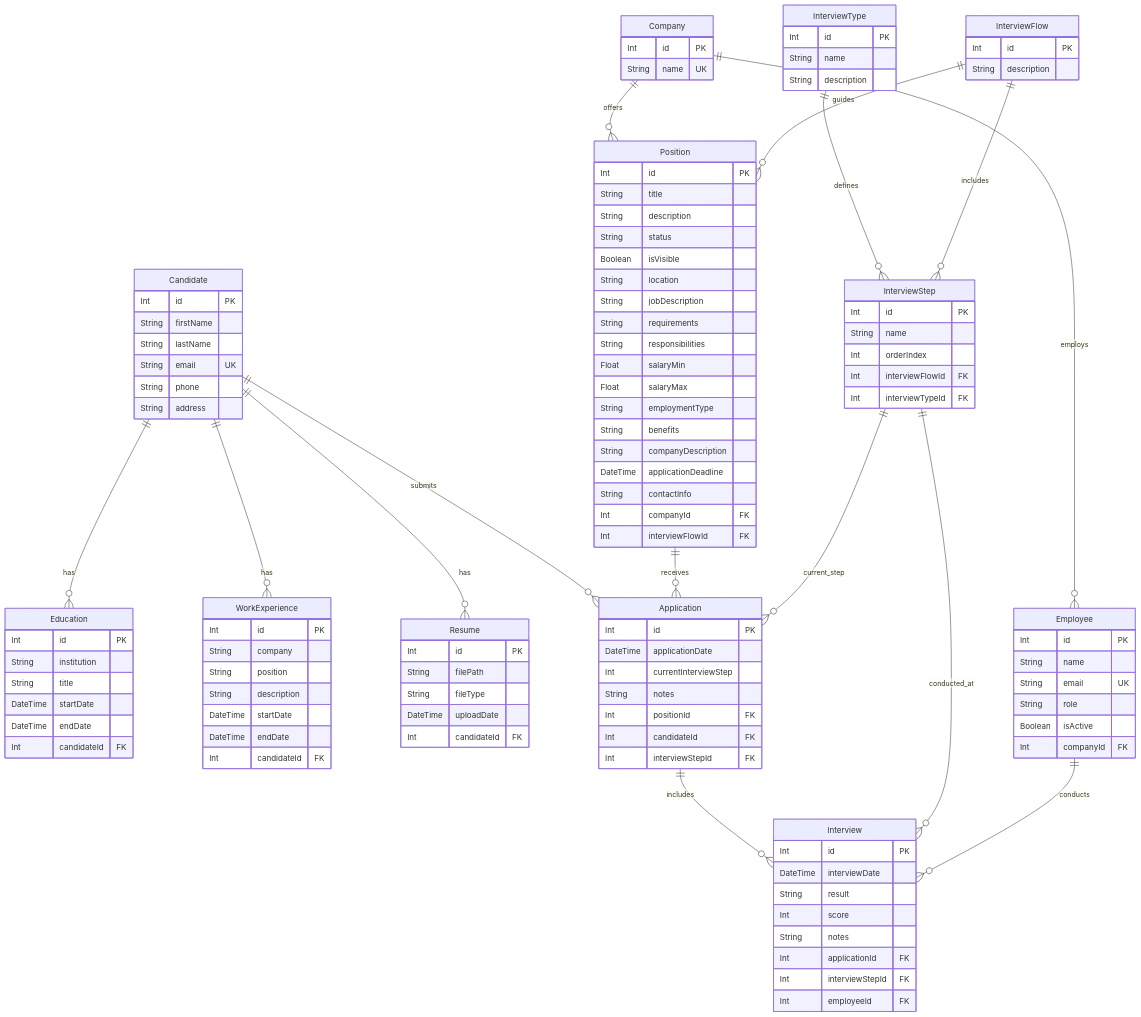
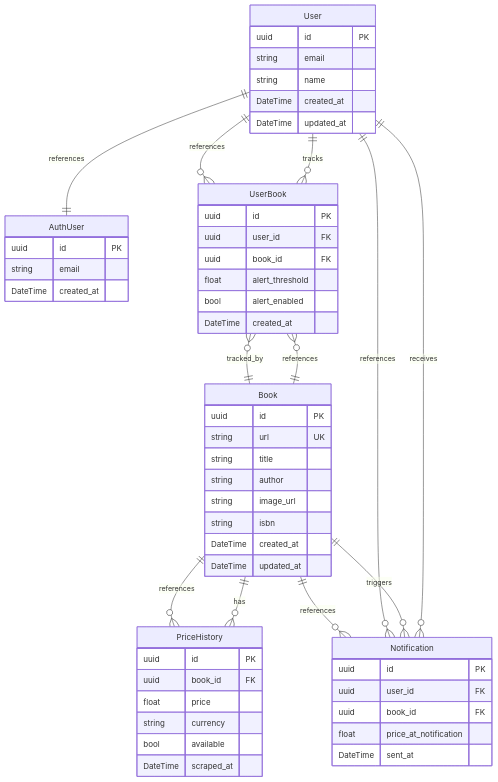
One commit to ivanexDev/buscalibre-tracker changed the diagram in ai-specs/specs/data-model.md. Above: the diagram before and after it, drawn with Mermaid. The commit also changed other lines of this file and 2 other files, not shown here.

````diff
--- a/ai-specs/specs/data-model.md
+++ b/ai-specs/specs/data-model.md
@@ -231,122 +108,60 @@
 ```mermaid
 erDiagram
-    Candidate {
-        Int id PK
-        String firstName
-        String lastName
-        String email UK
-        String phone
-        String address
+    AuthUser {
+        uuid id PK
+        string email
+        DateTime created_at
     }
-    Education {
-        Int id PK
-        String institution
-        String title
-        DateTime startDate
-        DateTime endDate
-        Int candidateId FK
+    User {
+        uuid id PK
+        string email
+        string name
+        DateTime created_at
+        DateTime updated_at
     }
-    WorkExperience {
-        Int id PK
-        String company
-        String position
-        String description
-        DateTime startDate
-        DateTime endDate
-        Int candidateId FK
+    Book {
+        uuid id PK
+        string url UK
+        string title
+        string author
+        string image_url
+        string isbn
+        DateTime created_at
+        DateTime updated_at
     }
-    Resume {
-        Int id PK
-        String filePath
-        String fileType
-        DateTime uploadDate
-        Int candidateId FK
+    UserBook {
+        uuid id PK
+        uuid user_id FK
+        uuid book_id FK
+        float alert_threshold
+        bool alert_enabled
+        DateTime created_at
     }
-    Company {
-        Int id PK
-        String name UK
+    PriceHistory {
+        uuid id PK
+        uuid book_id FK
+        float price
+        string currency
+        bool available
+        DateTime scraped_at
     }
-    Employee {
-        Int id PK
-        String name
-        String email UK
-        String role
-        Boolean isActive
-        Int companyId FK
-    }
-    InterviewType {
-        Int id PK
-        String name
-        String description
-    }
-    InterviewFlow {
-        Int id PK
-        String description
-    }
-    InterviewStep {
-        Int id PK
-        String name
-        Int orderIndex
-        Int interviewFlowId FK
-        Int interviewTypeId FK
-    }
-    Position {
-        Int id PK
-        String title
-        String description
-        String status
-        Boolean isVisible
-        String location
-        String jobDescription
-        String requirements
-        String responsibilities
-        Float salaryMin
-        Float salaryMax
-        String employmentType
-        String benefits
-        String companyDescription
-        DateTime applicationDeadline
-        String contactInfo
-        Int companyId FK
-        Int interviewFlowId FK
-    }
-    Application {
-        Int id PK
-        DateTime applicationDate
-        Int currentInterviewStep
-        String notes
-        Int positionId FK
-        Int candidateId FK
-        Int interviewStepId FK
-    }
-    Interview {
-        Int id PK
-        DateTime interviewDate
-        String result
-        Int score
-        String notes
-        Int applicationId FK
-        Int interviewStepId FK
-        Int employeeId FK
+    Notification {
+        uuid id PK
+        uuid user_id FK
+        uuid book_id FK
+        float price_at_notification
+        DateTime sent_at
     }
 
-    Candidate ||--o{ Education : "has"
-    Candidate ||--o{ WorkExperience : "has"
-    Candidate ||--o{ Resume : "has"
-    Candidate ||--o{ Application : "submits"
-    
-    Company ||--o{ Employee : "employs"
-    Company ||--o{ Position : "offers"
-    
-    InterviewType ||--o{ InterviewStep : "defines"
-    InterviewFlow ||--o{ InterviewStep : "includes"
-    InterviewFlow ||--o{ Position : "guides"
-    
-    Position ||--o{ Application : "receives"
-    Application ||--o{ Interview : "includes"
-    
-    InterviewStep ||--o{ Application : "current_step"
-    InterviewStep ||--o{ Interview : "conducted_at"
-    
-    Employee ||--o{ Interview : "conducts"
+    User ||--|| AuthUser : "references"
+    User ||--o{ UserBook : "tracks"
+    User ||--o{ Notification : "receives"
+    Book ||--o{ UserBook : "tracked_by"
+    Book ||--o{ PriceHistory : "has"
+    Book ||--o{ Notification : "triggers"
+    UserBook }o--|| Book : "references"
+    UserBook }o--|| User : "references"
+    PriceHistory }o--|| Book : "references"
+    Notification }o--|| User : "references"
+    Notification }o--|| Book : "references"
 ```
````
